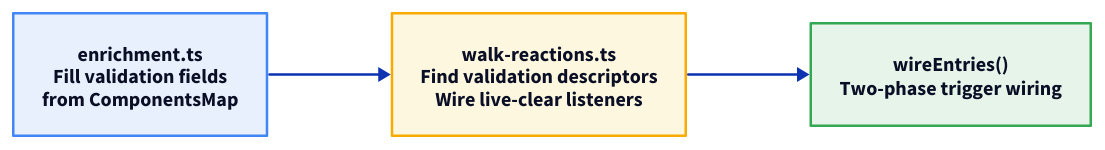
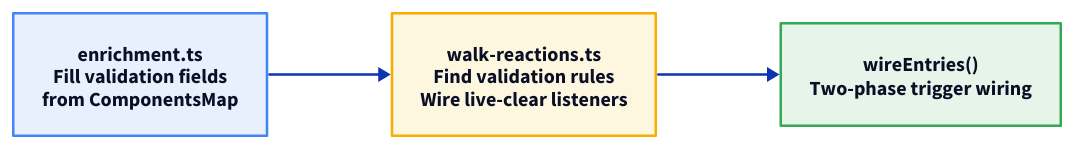
One commit to marafiq/alis-reactive changed the first of 5 diagrams in docs-site/src/content/docs/architecture/runtime.mdx. Above: the diagram before and after it, drawn with D2. The commit also changed other lines of this file and 12 other files, not shown here.

````diff
--- a/docs-site/src/content/docs/architecture/runtime.mdx
+++ b/docs-site/src/content/docs/architecture/runtime.mdx
@@ -45,24 +45,24 @@
 ```d2
 direction: right
 
 enrich: "enrichment.ts\nFill validation fields\nfrom ComponentsMap" {
   shape: rectangle
   style.fill: "#e8f0fe"
   style.stroke: "#4285f4"
   style.font-size: 16
 }
-validation: "walk-reactions.ts\nFind validation descriptors\nWire live-clear listeners" {
+validation: "walk-reactions.ts\nFind validation rules\nWire live-clear listeners" {
   shape: rectangle
   style.fill: "#fef7e0"
   style.stroke: "#f9ab00"
   style.font-size: 16
 }
 wire: "wireEntries()\nTwo-phase trigger wiring" {
   shape: rectangle
   style.fill: "#e6f4ea"
   style.stroke: "#34a853"
   style.font-size: 16
 }
 
 enrich -> validation -> wire
 ```
````
